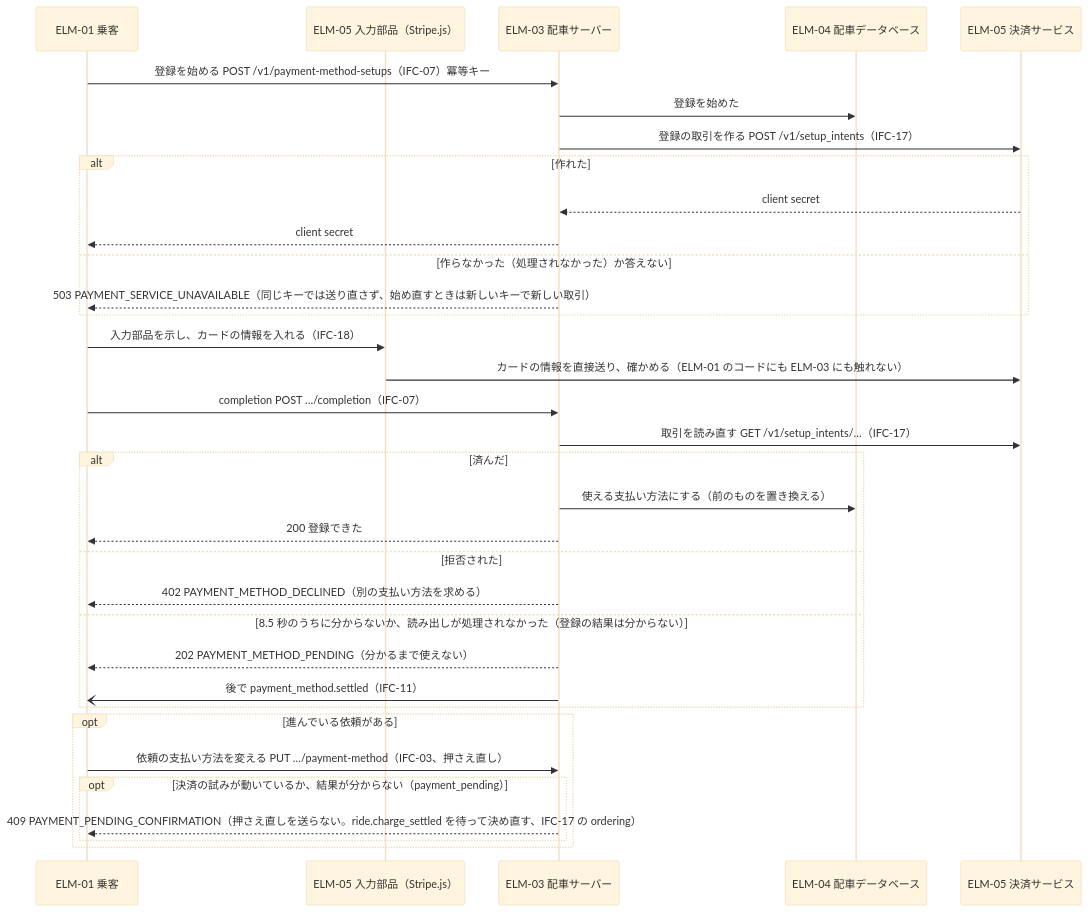
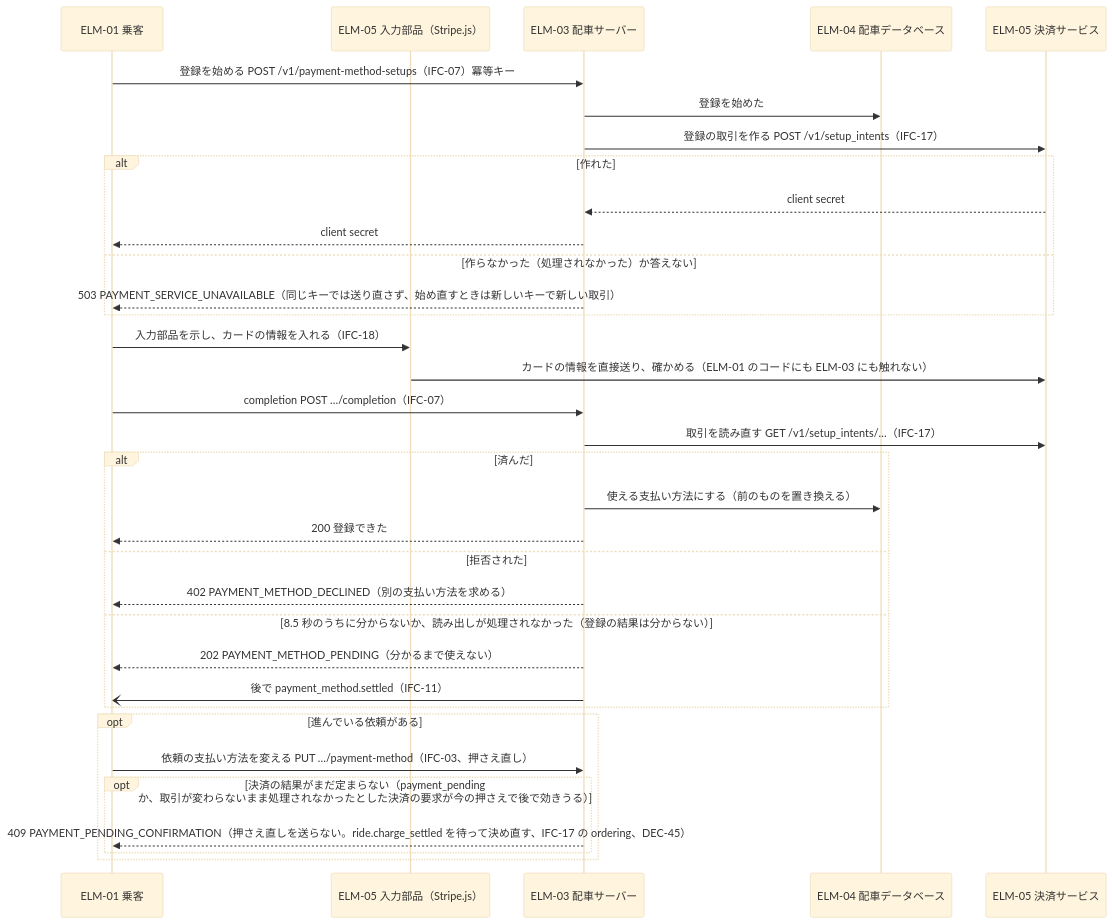
The third of 58 diagrams in docs/design/3-high-level-design.md (Taro000/ride-hailing-app-demo), drawn with Mermaid (base theme) before and after one commit. The commit also changed other lines of this file and 8 other files, not shown here.

````diff
--- a/docs/design/3-high-level-design.md
+++ b/docs/design/3-high-level-design.md
@@ -244,36 +244,36 @@
 ```mermaid
 sequenceDiagram
   participant P as ELM-01 乗客
   participant SE as ELM-05 入力部品（Stripe.js）
   participant S as ELM-03 配車サーバー
   participant DB as ELM-04 配車データベース
   participant PAY as ELM-05 決済サービス
   P->>S: 登録を始める POST /v1/payment-method-setups（IFC-07）冪等キー
   S->>DB: 登録を始めた
   S->>PAY: 登録の取引を作る POST /v1/setup_intents（IFC-17）
   alt 作れた
     PAY-->>S: client secret
     S-->>P: client secret
   else 作らなかった（処理されなかった）か答えない
     S-->>P: 503 PAYMENT_SERVICE_UNAVAILABLE（同じキーでは送り直さず、始め直すときは新しいキーで新しい取引）
   end
   P->>SE: 入力部品を示し、カードの情報を入れる（IFC-18）
   SE->>PAY: カードの情報を直接送り、確かめる（ELM-01 のコードにも ELM-03 にも触れない）
   P->>S: completion POST …/completion（IFC-07）
   S->>PAY: 取引を読み直す GET /v1/setup_intents/…（IFC-17）
   alt 済んだ
     S->>DB: 使える支払い方法にする（前のものを置き換える）
     S-->>P: 200 登録できた
   else 拒否された
     S-->>P: 402 PAYMENT_METHOD_DECLINED（別の支払い方法を求める）
   else 8.5 秒のうちに分からないか、読み出しが処理されなかった（登録の結果は分からない）
     S-->>P: 202 PAYMENT_METHOD_PENDING（分かるまで使えない）
     S-)P: 後で payment_method.settled（IFC-11）
   end
   opt 進んでいる依頼がある
     P->>S: 依頼の支払い方法を変える PUT …/payment-method（IFC-03、押さえ直し）
-    opt 決済の試みが動いているか、結果が分からない（payment_pending）
-      S-->>P: 409 PAYMENT_PENDING_CONFIRMATION（押さえ直しを送らない。ride.charge_settled を待って決め直す、IFC-17 の ordering）
+    opt 決済の結果がまだ定まらない（payment_pending か、取引が変わらないまま処理されなかったとした決済の要求が今の押さえで後で効きうる）
+      S-->>P: 409 PAYMENT_PENDING_CONFIRMATION（押さえ直しを送らない。ride.charge_settled を待って決め直す、IFC-17 の ordering、DEC-45）
     end
   end
 ```
````
